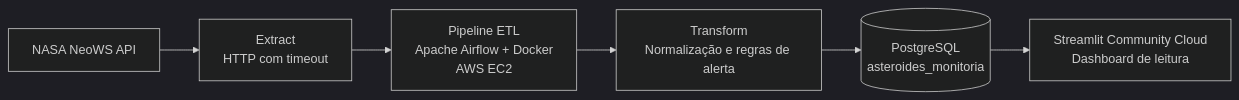
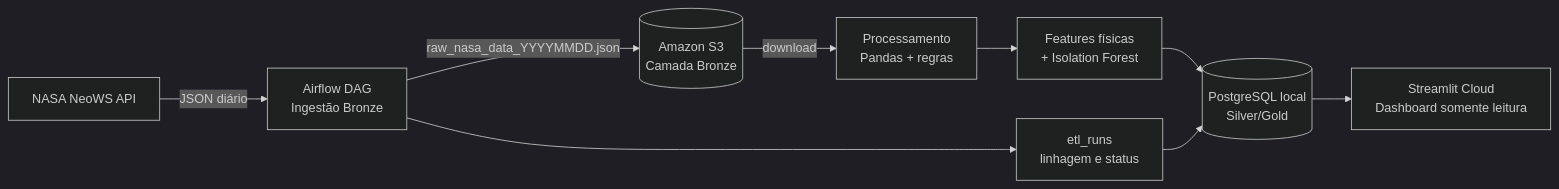
The diagram in README.md (Leoboas/nasaProject), drawn with Mermaid (dark theme) before and after one commit. The commit also changed other lines of this file and 8 other files, not shown here.

````diff
--- a/README.md
+++ b/README.md
@@ -19,8 +19,11 @@
 ```mermaid
 flowchart LR
-    NASA[NASA NeoWS API] --> EXTRACT[Extract\nHTTP com timeout]
-    EXTRACT --> AIRFLOW[Pipeline ETL\nApache Airflow + Docker\nAWS EC2]
-    AIRFLOW --> TRANSFORM[Transform\nNormalização e regras de alerta]
-    TRANSFORM --> DB[(PostgreSQL\nasteroides_monitoria)]
-    DB --> DASH[Streamlit Community Cloud\nDashboard de leitura]
+    NASA[NASA NeoWS API] -->|JSON diário| INGEST[Airflow DAG<br/>Ingestão Bronze]
+    INGEST -->|raw_nasa_data_YYYYMMDD.json| S3[(Amazon S3<br/>Camada Bronze)]
+    S3 -->|download| PROC[Processamento<br/>Pandas + regras]
+    PROC --> ML[Features físicas<br/>+ Isolation Forest]
+    ML --> PG[(PostgreSQL local<br/>Silver/Gold)]
+    PG --> DASH[Streamlit Cloud<br/>Dashboard somente leitura]
+    INGEST --> OBS[etl_runs<br/>linhagem e status]
+    OBS --> PG
 ```
````
